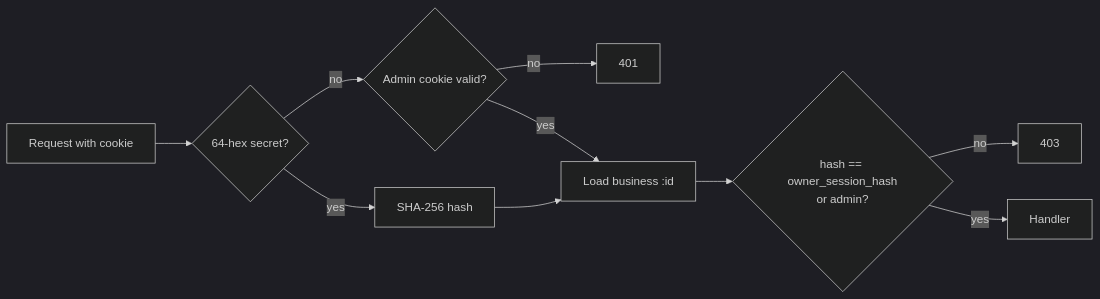
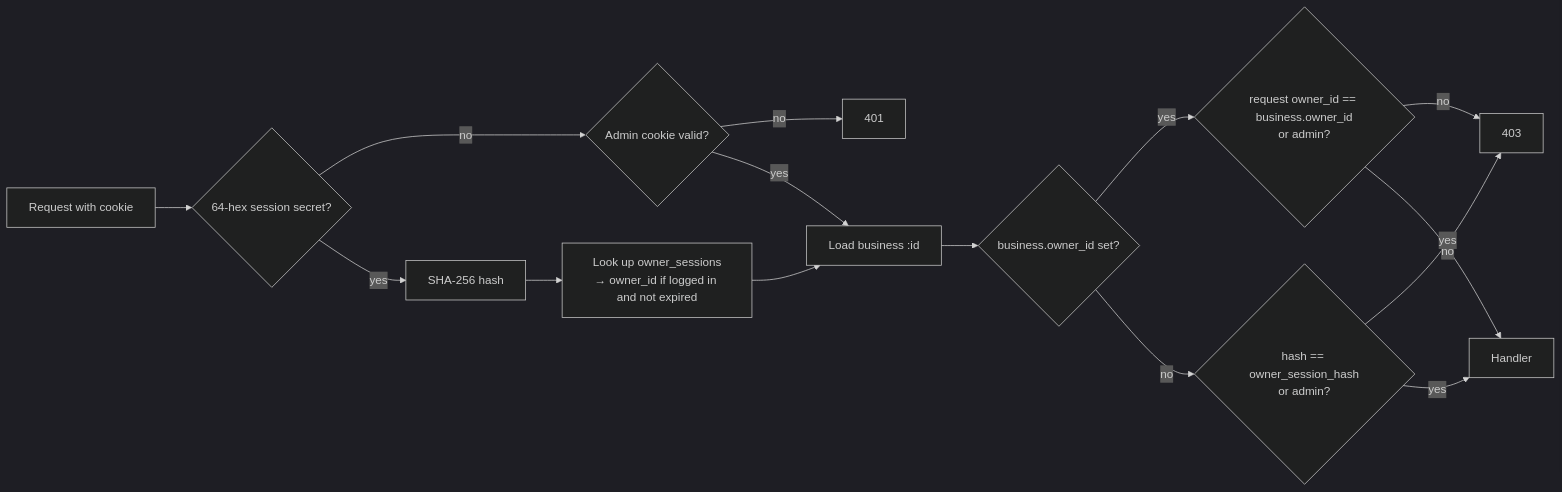
One commit to sakshi13-m/BizDwaar changed the sixth of 6 diagrams in docs/architecture.md. Above: the diagram before and after it, drawn with Mermaid (dark theme). The commit also changed other lines of this file, not shown here.

First line of the commit message:
Docs(architecture): owner access sequence diagram and ownership rule

````diff
--- a/docs/architecture.md
+++ b/docs/architecture.md
@@ -231,12 +281,17 @@
 ```mermaid
 flowchart LR
-  R[Request with cookie] --> V{64-hex secret?}
+  R[Request with cookie] --> V{64-hex session secret?}
   V -- no --> A{Admin cookie valid?}
   A -- no --> X401[401]
   V -- yes --> H[SHA-256 hash]
-  H --> L[Load business :id]
+  H --> S[Look up owner_sessions<br/>→ owner_id if logged in and not expired]
+  S --> L[Load business :id]
   A -- yes --> L
-  L --> M{hash == owner_session_hash<br/>or admin?}
-  M -- no --> X403[403]
-  M -- yes --> OK[Handler]
+  L --> C{business.owner_id set?}
+  C -- yes --> M1{request owner_id == business.owner_id<br/>or admin?}
+  C -- no --> M2{hash == owner_session_hash<br/>or admin?}
+  M1 -- no --> X403[403]
+  M2 -- no --> X403
+  M1 -- yes --> OK[Handler]
+  M2 -- yes --> OK
 ```
````
